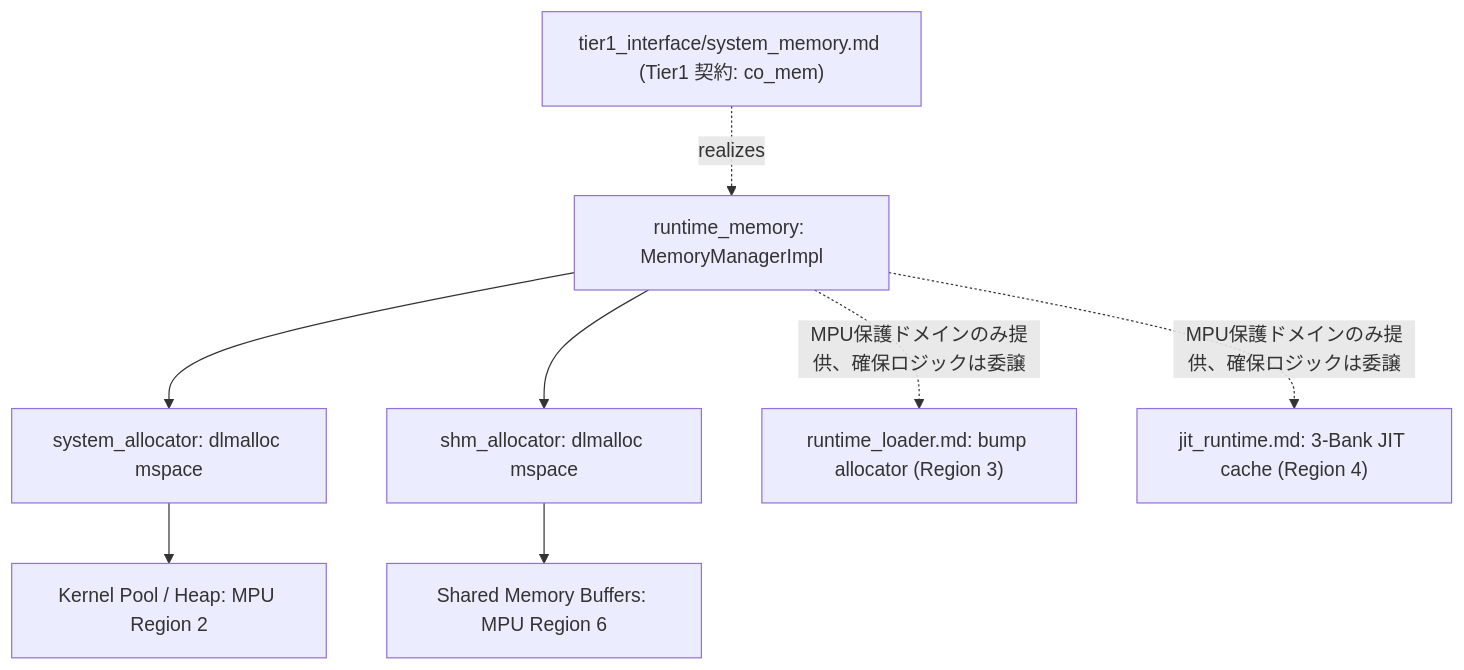
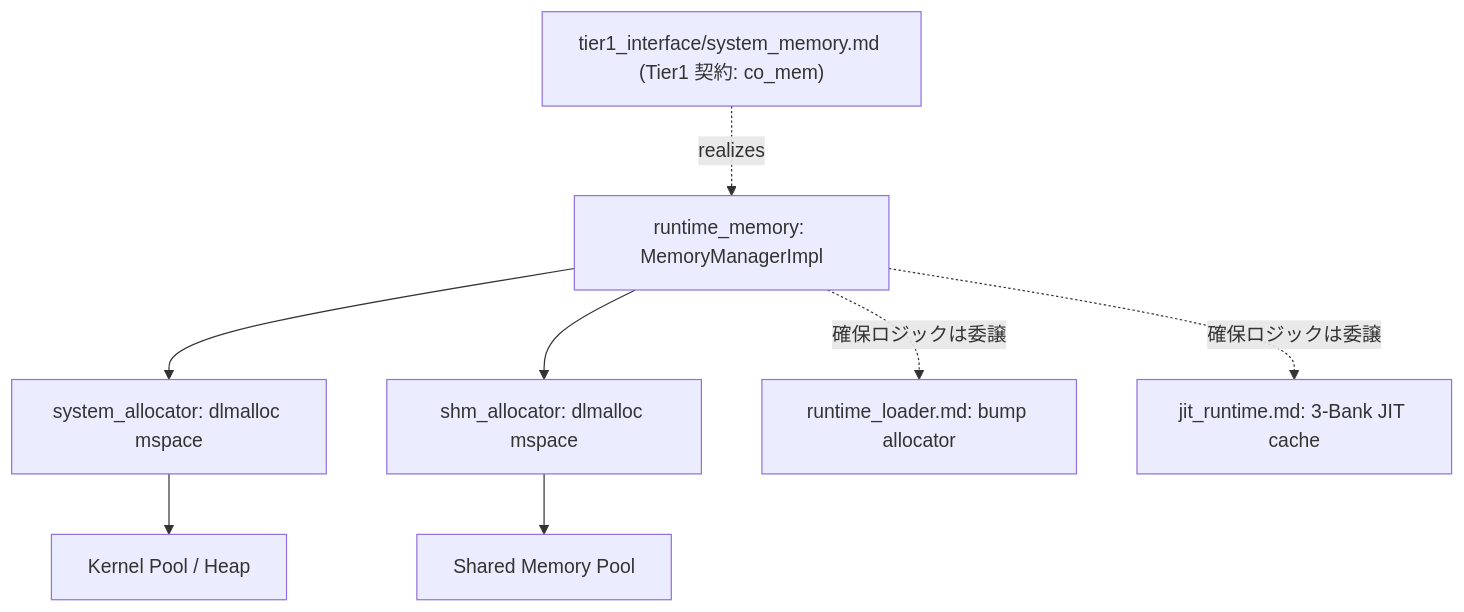
One commit to kmt-t/fireball changed the diagram in docs/components/tier2_runtime/runtime_memory.md. Above: the diagram before and after it, drawn with Mermaid. The commit also changed other lines of this file and 205 other files, not shown here.

````diff
--- a/docs/components/tier2_runtime/runtime_memory.md
+++ b/docs/components/tier2_runtime/runtime_memory.md
@@ -25,10 +25,10 @@
 ```mermaid
 flowchart TD
     Contract["tier1_interface/system_memory.md (Tier1 契約: co_mem)"] -.->|realizes| Impl[runtime_memory: MemoryManagerImpl]
     Impl --> SysAlloc[system_allocator: dlmalloc mspace]
     Impl --> ShmAlloc[shm_allocator: dlmalloc mspace]
-    SysAlloc --> KernelPool[Kernel Pool / Heap: MPU Region 2]
-    ShmAlloc --> SharedRegion[Shared Memory Buffers: MPU Region 6]
-    Impl -.->|MPU保護ドメインのみ提供、確保ロジックは委譲| RuntimeArena["runtime_loader.md: bump allocator (Region 3)"]
-    Impl -.->|MPU保護ドメインのみ提供、確保ロジックは委譲| JitCache["jit_runtime.md: 3-Bank JIT cache (Region 4)"]
+    SysAlloc --> KernelPool["Kernel Pool / Heap"]
+    ShmAlloc --> SharedRegion["Shared Memory Pool"]
+    Impl -.->|確保ロジックは委譲| RuntimeArena["runtime_loader.md: bump allocator"]
+    Impl -.->|確保ロジックは委譲| JitCache["jit_runtime.md: 3-Bank JIT cache"]
 ```
````
